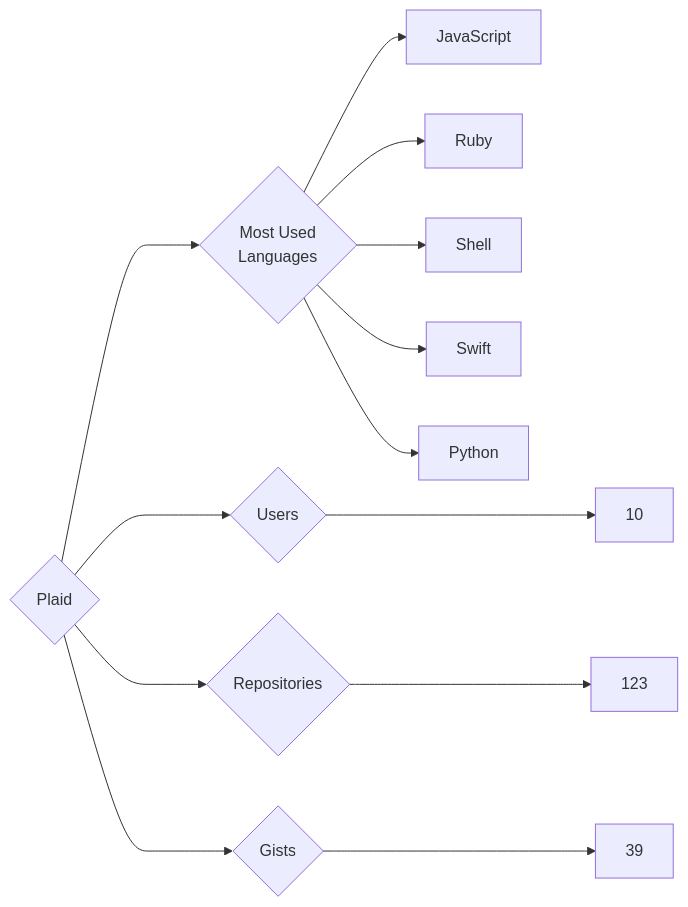
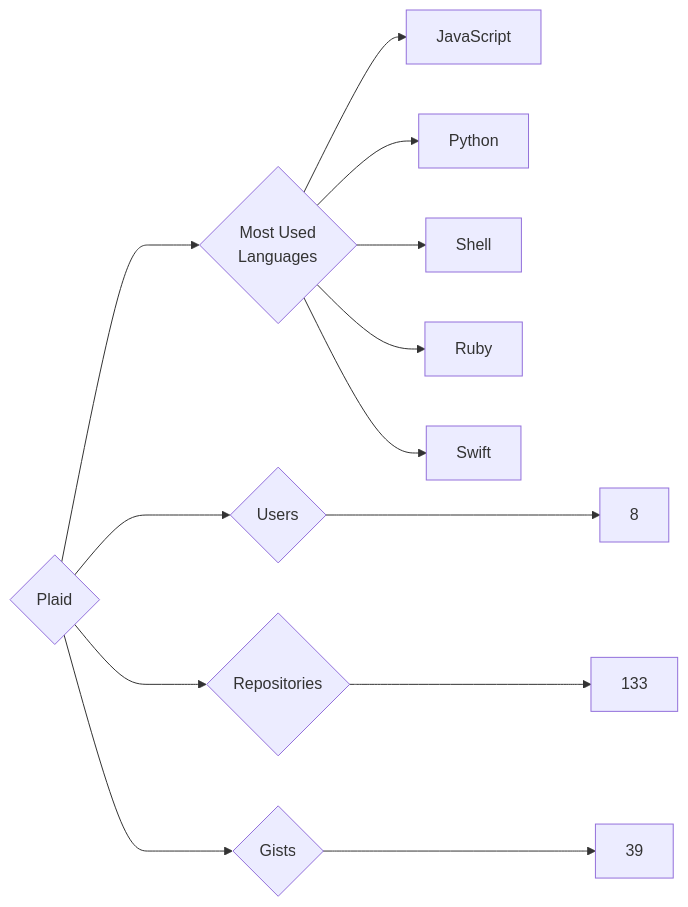
One commit to trickest/insiders changed the diagram in targets/Plaid/README.md. Above: the diagram before and after it, drawn with Mermaid. The commit also changed 1484 other files, not shown here.

````diff
--- a/targets/Plaid/README.md
+++ b/targets/Plaid/README.md
@@ -3,13 +3,13 @@
 ```mermaid
 graph LR
 COMPANY_NAME{Plaid}
-COMPANY_NAME ---> U{Users} ---> UN[10]
-COMPANY_NAME ---> R{Repositories} ---> RN[123]
+COMPANY_NAME ---> U{Users} ---> UN[8]
+COMPANY_NAME ---> R{Repositories} ---> RN[133]
 COMPANY_NAME ---> G{Gists} ---> GN[39]
 COMPANY_NAME ---> ML{Most Used<br>Languages}
 ML --> JavaScript[JavaScript]
+ML --> Python[Python]
+ML --> Shell[Shell]
 ML --> Ruby[Ruby]
-ML --> Shell[Shell]
 ML --> Swift[Swift]
-ML --> Python[Python]
 ```
````
